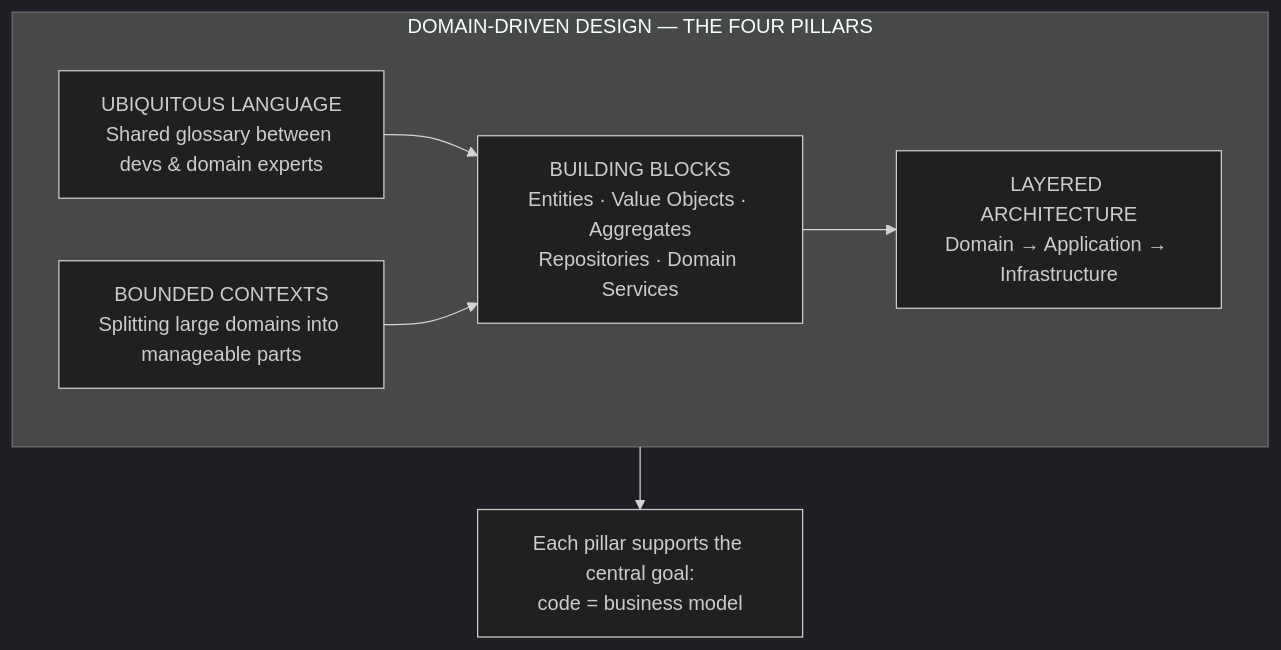
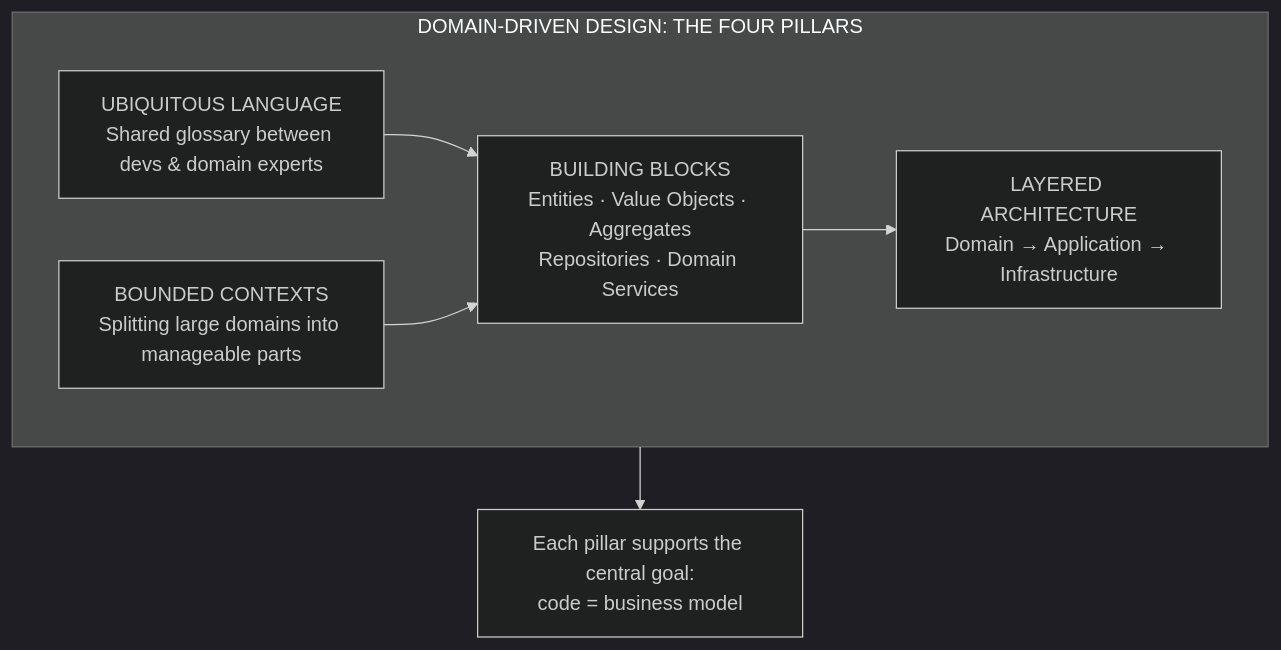
The first of 2 diagrams in src/content/blog/domain-driven-design-fundamentals-php.md (se-polinema/se-polinema.github.io), drawn with Mermaid (dark theme) before and after one commit. The commit also changed other lines of this file and 156 other files, not shown here.

````diff
--- a/src/content/blog/domain-driven-design-fundamentals-php.md
+++ b/src/content/blog/domain-driven-design-fundamentals-php.md
@@ -65,12 +65,12 @@
 ```mermaid
 graph TB
-    subgraph P["DOMAIN-DRIVEN DESIGN — THE FOUR PILLARS"]
+    subgraph P["DOMAIN-DRIVEN DESIGN: THE FOUR PILLARS"]
         direction LR
         UL["UBIQUITOUS LANGUAGE<br/>Shared glossary between devs & domain experts"]
         BC["BOUNDED CONTEXTS<br/>Splitting large domains into manageable parts"]
         UL --> BB["BUILDING BLOCKS<br/>Entities · Value Objects · Aggregates<br/>Repositories · Domain Services"]
         BC --> BB
         BB --> LA["LAYERED ARCHITECTURE<br/>Domain → Application → Infrastructure"]
     end
     P --> G["Each pillar supports the central goal:<br/>code = business model"]
 ```
````
